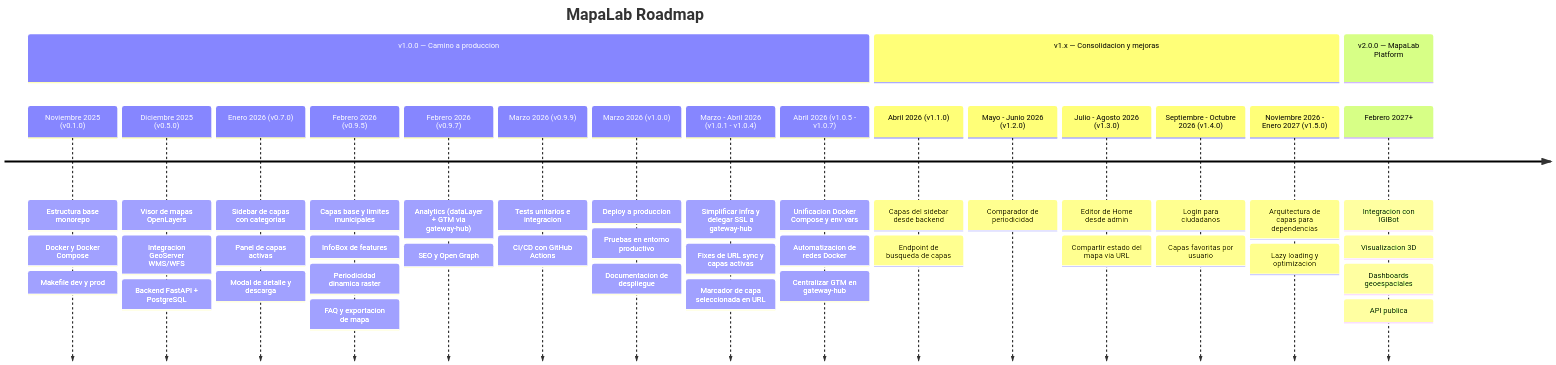
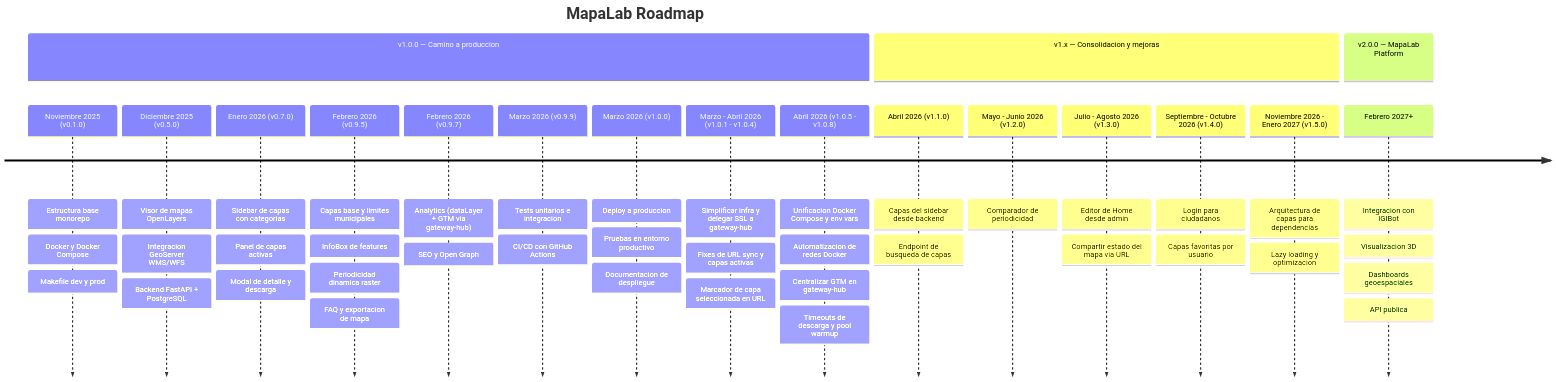
The diagram in docs/roadmap.md (iieg-oficial/mapalab), drawn with Mermaid before and after one commit. The commit also changed other lines of this file and 6 other files, not shown here.

````diff
--- a/docs/roadmap.md
+++ b/docs/roadmap.md
@@ -5,61 +5,62 @@
 ```mermaid
 timeline
     title MapaLab Roadmap
     section v1.0.0 — Camino a produccion
         Noviembre 2025 (v0.1.0)
             : Estructura base monorepo
             : Docker y Docker Compose
             : Makefile dev y prod
         Diciembre 2025 (v0.5.0)
             : Visor de mapas OpenLayers
             : Integracion GeoServer WMS/WFS
             : Backend FastAPI + PostgreSQL
         Enero 2026 (v0.7.0)
             : Sidebar de capas con categorias
             : Panel de capas activas
             : Modal de detalle y descarga
         Febrero 2026 (v0.9.5)
             : Capas base y limites municipales
             : InfoBox de features
             : Periodicidad dinamica raster
             : FAQ y exportacion de mapa
         Febrero 2026 (v0.9.7)
             : Analytics (dataLayer + GTM via gateway-hub)
             : SEO y Open Graph
         Marzo 2026 (v0.9.9)
             : Tests unitarios e integracion
             : CI/CD con GitHub Actions
         Marzo 2026 (v1.0.0)
             : Deploy a produccion
             : Pruebas en entorno productivo
             : Documentacion de despliegue
         Marzo - Abril 2026 (v1.0.1 - v1.0.4)
             : Simplificar infra y delegar SSL a gateway-hub
             : Fixes de URL sync y capas activas
             : Marcador de capa seleccionada en URL
-        Abril 2026 (v1.0.5 - v1.0.7)
+        Abril 2026 (v1.0.5 - v1.0.8)
             : Unificacion Docker Compose y env vars
             : Automatizacion de redes Docker
             : Centralizar GTM en gateway-hub
+            : Timeouts de descarga y pool warmup
     section v1.x — Consolidacion y mejoras
         Abril 2026 (v1.1.0)
             : Capas del sidebar desde backend
             : Endpoint de busqueda de capas
         Mayo - Junio 2026 (v1.2.0)
             : Comparador de periodicidad
         Julio - Agosto 2026 (v1.3.0)
             : Editor de Home desde admin
             : Compartir estado del mapa via URL
         Septiembre - Octubre 2026 (v1.4.0)
             : Login para ciudadanos
             : Capas favoritas por usuario
         Noviembre 2026 - Enero 2027 (v1.5.0)
             : Arquitectura de capas para dependencias
             : Lazy loading y optimizacion
     section v2.0.0 — MapaLab Platform
         Febrero 2027+
             : Integracion con IGIBot
             : Visualizacion 3D
             : Dashboards geoespaciales
             : API publica
 ```
````
